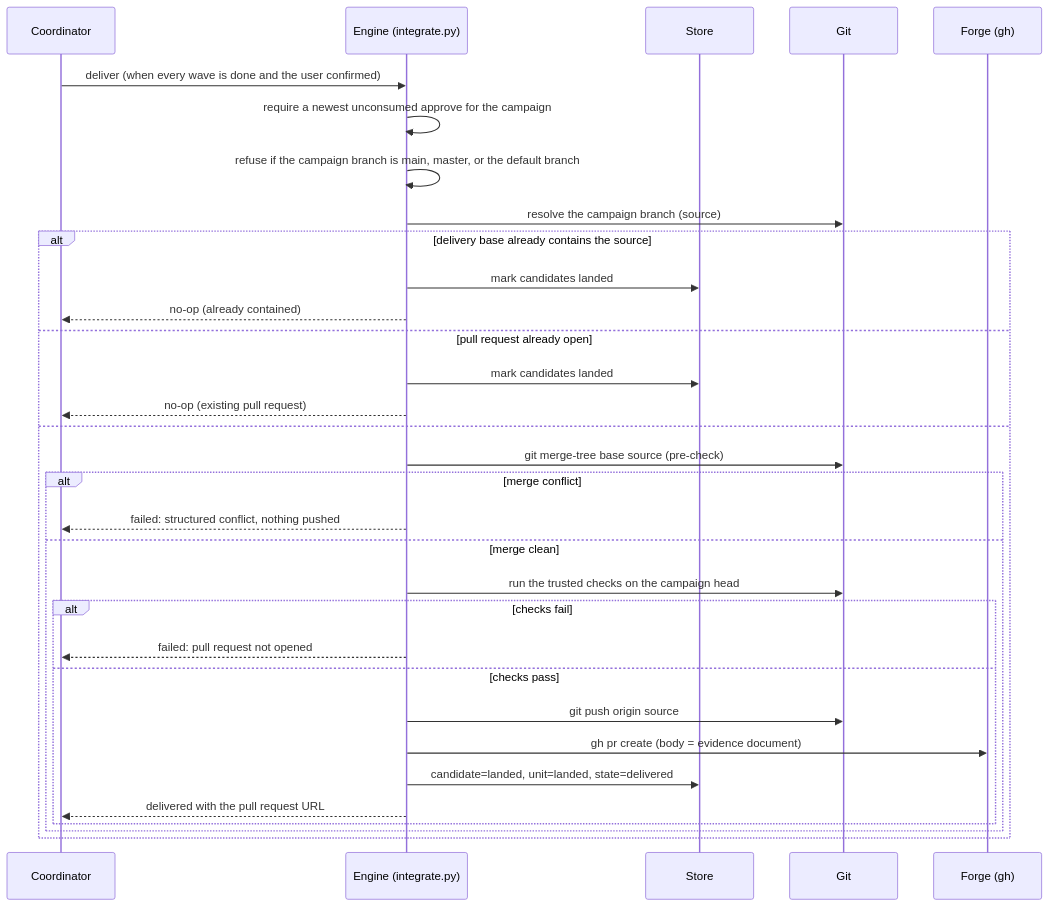
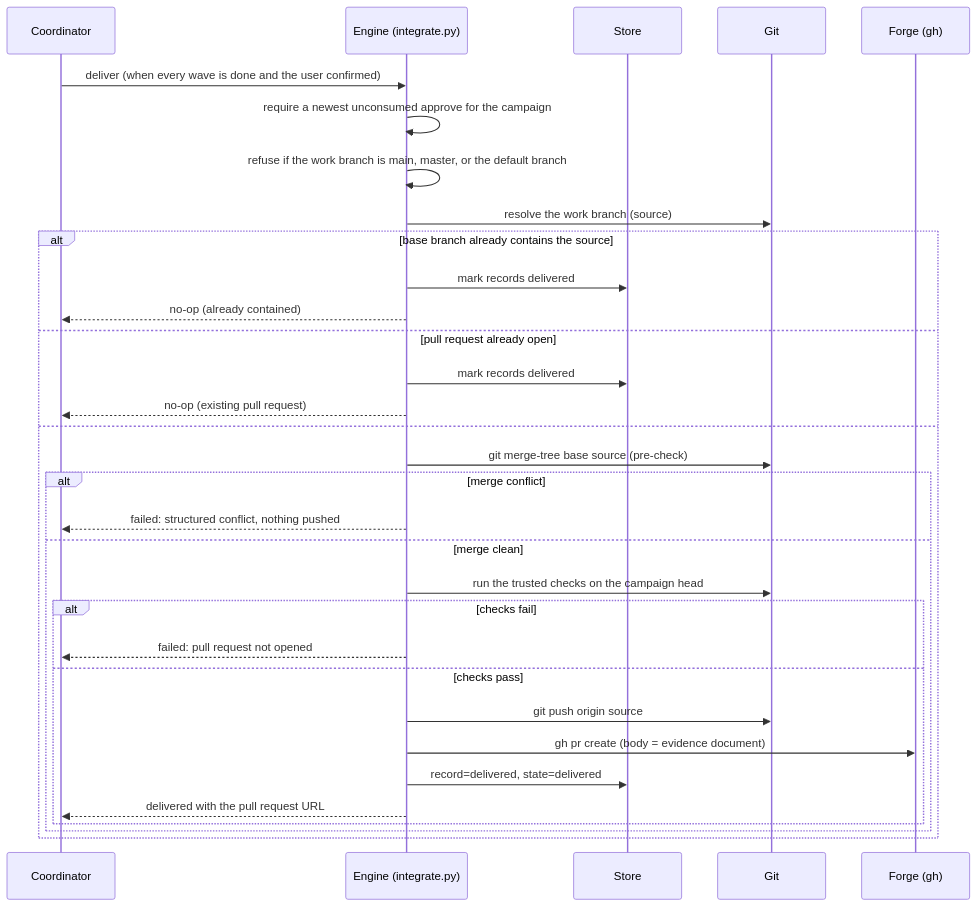
The eighth of 10 diagrams in docs/architecture.md (ming6ao/sliceme), drawn with Mermaid before and after one commit. The commit also changed other lines of this file and 58 other files, not shown here.

````diff
--- a/docs/architecture.md
+++ b/docs/architecture.md
@@ -340,35 +344,35 @@
 ```mermaid
 sequenceDiagram
   participant C as Coordinator
   participant E as Engine (integrate.py)
   participant D as Store
   participant G as Git
   participant F as Forge (gh)
 
   C->>E: deliver (when every wave is done and the user confirmed)
   E->>E: require a newest unconsumed approve for the campaign
-  E->>E: refuse if the campaign branch is main, master, or the default branch
-  E->>G: resolve the campaign branch (source)
-  alt delivery base already contains the source
-    E->>D: mark candidates landed
+  E->>E: refuse if the work branch is main, master, or the default branch
+  E->>G: resolve the work branch (source)
+  alt base branch already contains the source
+    E->>D: mark records delivered
     E-->>C: no-op (already contained)
   else pull request already open
-    E->>D: mark candidates landed
+    E->>D: mark records delivered
     E-->>C: no-op (existing pull request)
   else
     E->>G: git merge-tree base source (pre-check)
     alt merge conflict
       E-->>C: failed: structured conflict, nothing pushed
     else merge clean
       E->>G: run the trusted checks on the campaign head
       alt checks fail
         E-->>C: failed: pull request not opened
       else checks pass
         E->>G: git push origin source
         E->>F: gh pr create (body = evidence document)
-        E->>D: candidate=landed, unit=landed, state=delivered
+        E->>D: record=delivered, state=delivered
         E-->>C: delivered with the pull request URL
       end
     end
   end
 ```
````
